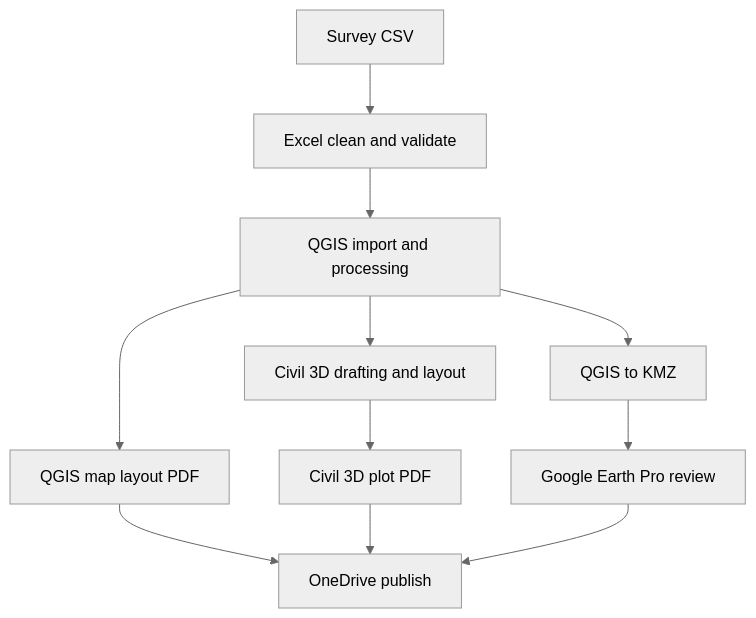
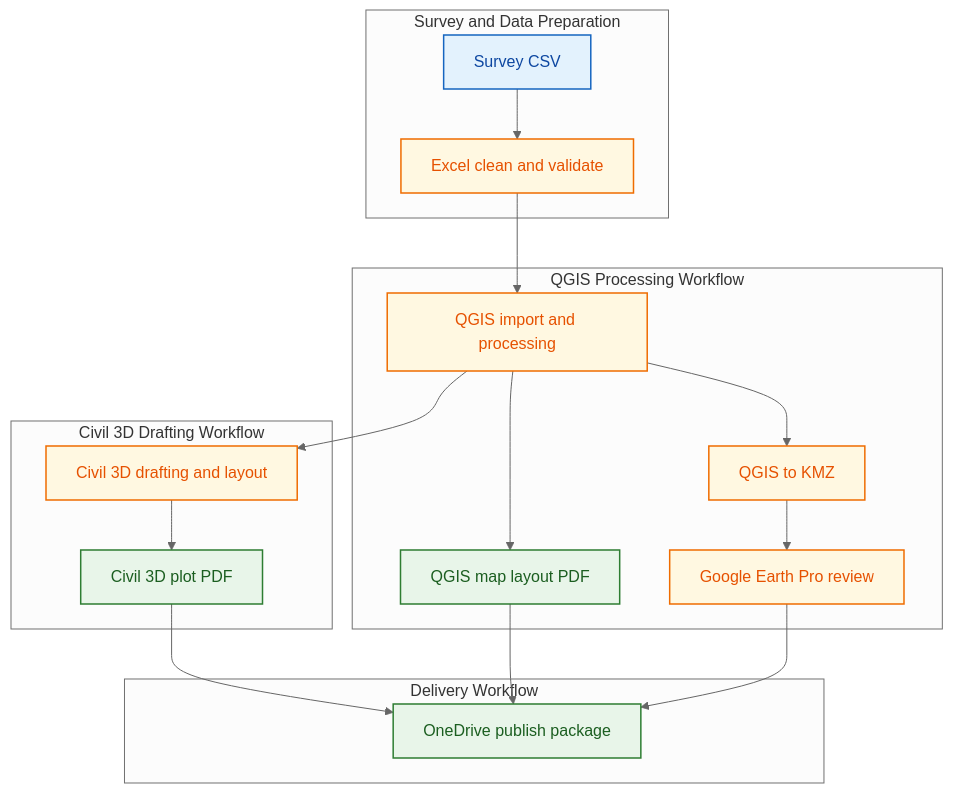
Before and after one commit to PrathamGitHub/Geo-CAD-Practical-Reference: the diagram in docs/index.md, drawn with Mermaid (neutral theme). The commit also changed 7 other files, not shown here.

Commit message:
Enhance documentation with updated flowcharts and class definitions for improved clarity and usability across AutoCAD Civil 3D, Excel 365, Google Earth Pro, OneDrive, and QGIS workflows.

````diff
--- a/docs/index.md
+++ b/docs/index.md
@@ -44,13 +44,41 @@
 ```mermaid
 flowchart TD
-    A[Survey CSV] --> B[Excel clean and validate]
-    B --> C[QGIS import and processing]
-    C --> D[Civil 3D drafting and layout]
-    C --> E[QGIS map layout PDF]
-    D --> F[Civil 3D plot PDF]
-    C --> G[QGIS to KMZ]
-    G --> H[Google Earth Pro review]
-    E --> I[OneDrive publish]
+    subgraph Prep[Survey and Data Preparation]
+        A[Survey CSV] --> B[Excel clean and validate]
+    end
+
+    subgraph GIS[QGIS Processing Workflow]
+        C[QGIS import and processing]
+        E[QGIS map layout PDF]
+        G[QGIS to KMZ]
+        H[Google Earth Pro review]
+    end
+
+    subgraph CAD[Civil 3D Drafting Workflow]
+        D[Civil 3D drafting and layout]
+        F[Civil 3D plot PDF]
+    end
+
+    subgraph Publish[Delivery Workflow]
+        I[OneDrive publish package]
+    end
+
+    B --> C
+    C --> D
+    C --> E
+    D --> F
+    C --> G
+    G --> H
+    E --> I
     F --> I
     H --> I
+
+    classDef input fill:#e3f2fd,stroke:#1565c0,stroke-width:1.5px,color:#0d47a1;
+    classDef process fill:#fff8e1,stroke:#ef6c00,stroke-width:1.5px,color:#e65100;
+    classDef decision fill:#ffebee,stroke:#c62828,stroke-width:1.5px,color:#8e0000;
+    classDef output fill:#e8f5e9,stroke:#2e7d32,stroke-width:1.5px,color:#1b5e20;
+
+    class A input;
+    class B,C,D,G,H process;
+    class E,F,I output;
 ```
````
